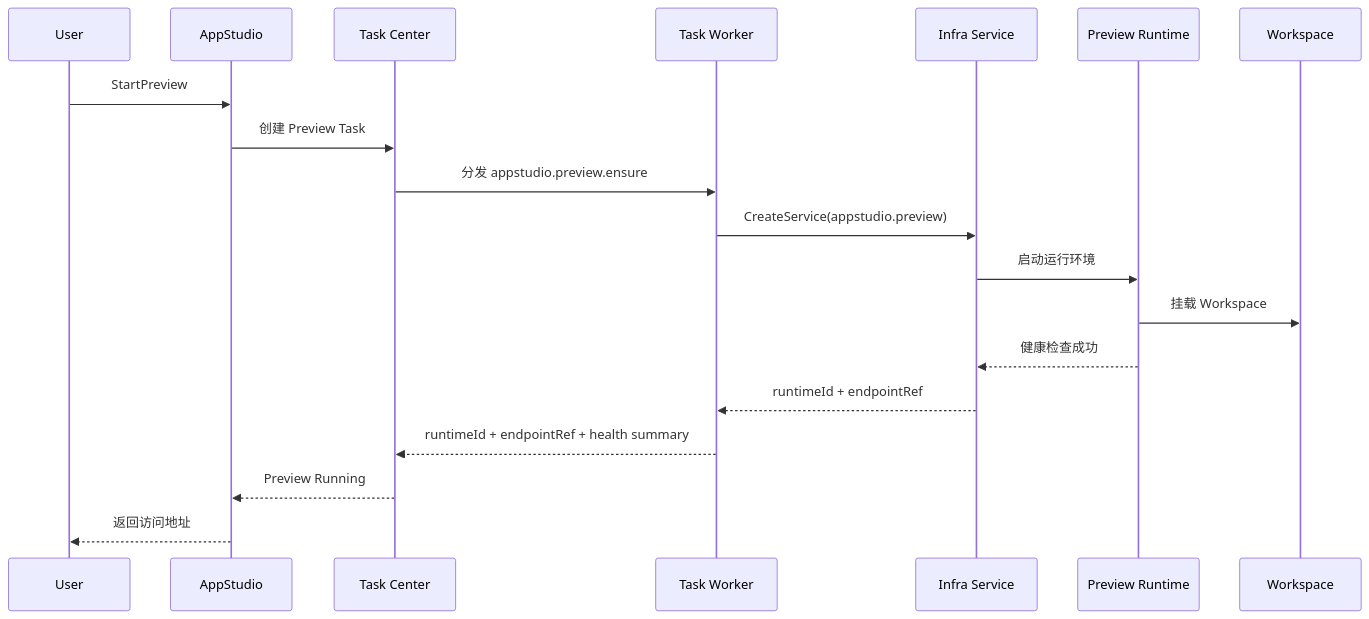
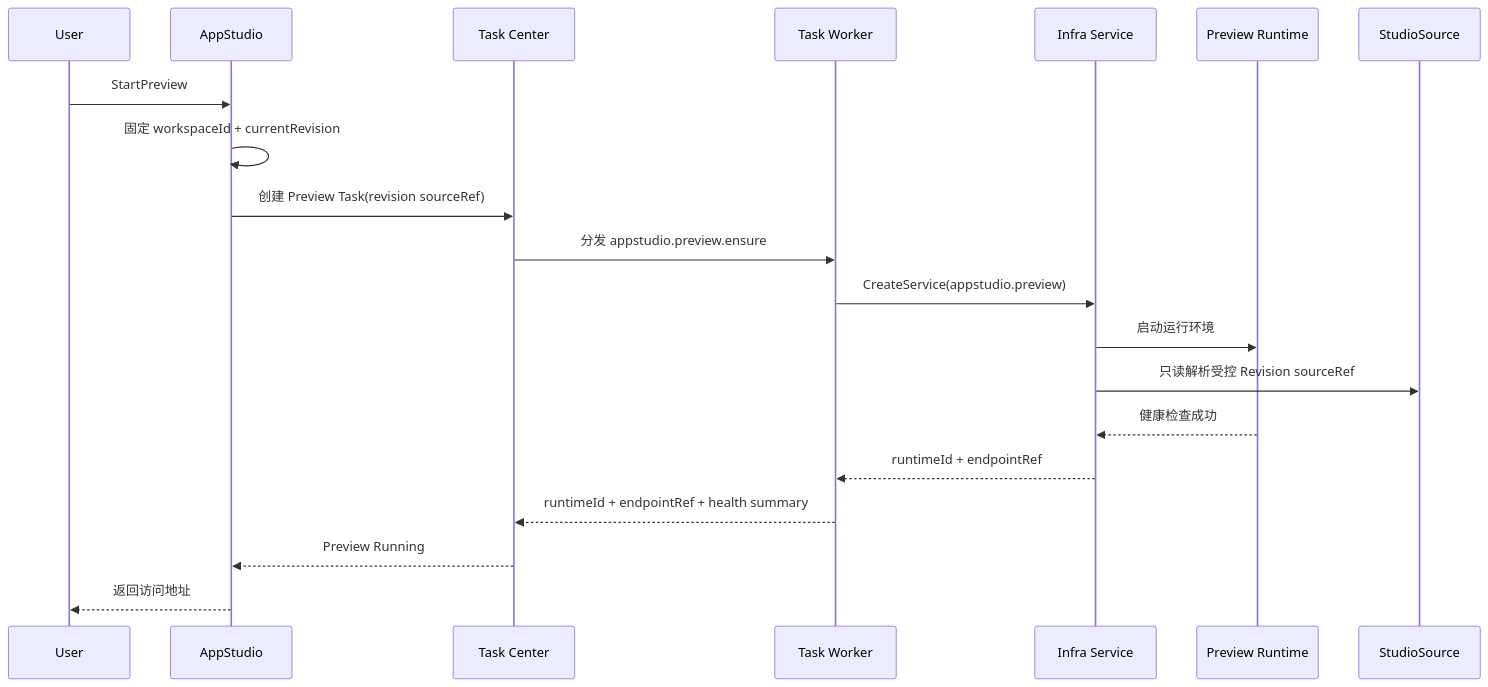
The fifth of 11 diagrams in 00_product/domains/appstudio/product-spec.md (wangweihong/omnimam-spec), drawn with Mermaid before and after one commit. The commit also changed other lines of this file and 38 other files, not shown here.

````diff
--- a/00_product/domains/appstudio/product-spec.md
+++ b/00_product/domains/appstudio/product-spec.md
@@ -1225,22 +1258,23 @@
 ```mermaid
 sequenceDiagram
     participant U as User
     participant ST as AppStudio
     participant TC as Task Center
     participant TW as Task Worker
     participant INFRA as Infra Service
     participant PR as Preview Runtime
-    participant WS as Workspace
+    participant SS as StudioSource
 
     U->>ST: StartPreview
-    ST->>TC: 创建 Preview Task
+    ST->>ST: 固定 workspaceId + currentRevision
+    ST->>TC: 创建 Preview Task(revision sourceRef)
     TC->>TW: 分发 appstudio.preview.ensure
     TW->>INFRA: CreateService(appstudio.preview)
     INFRA->>PR: 启动运行环境
-    PR->>WS: 挂载 Workspace
+    INFRA->>SS: 只读解析受控 Revision sourceRef
     PR-->>INFRA: 健康检查成功
     INFRA-->>TW: runtimeId + endpointRef
     TW-->>TC: runtimeId + endpointRef + health summary
     TC-->>ST: Preview Running
     ST-->>U: 返回访问地址
 ```
````
